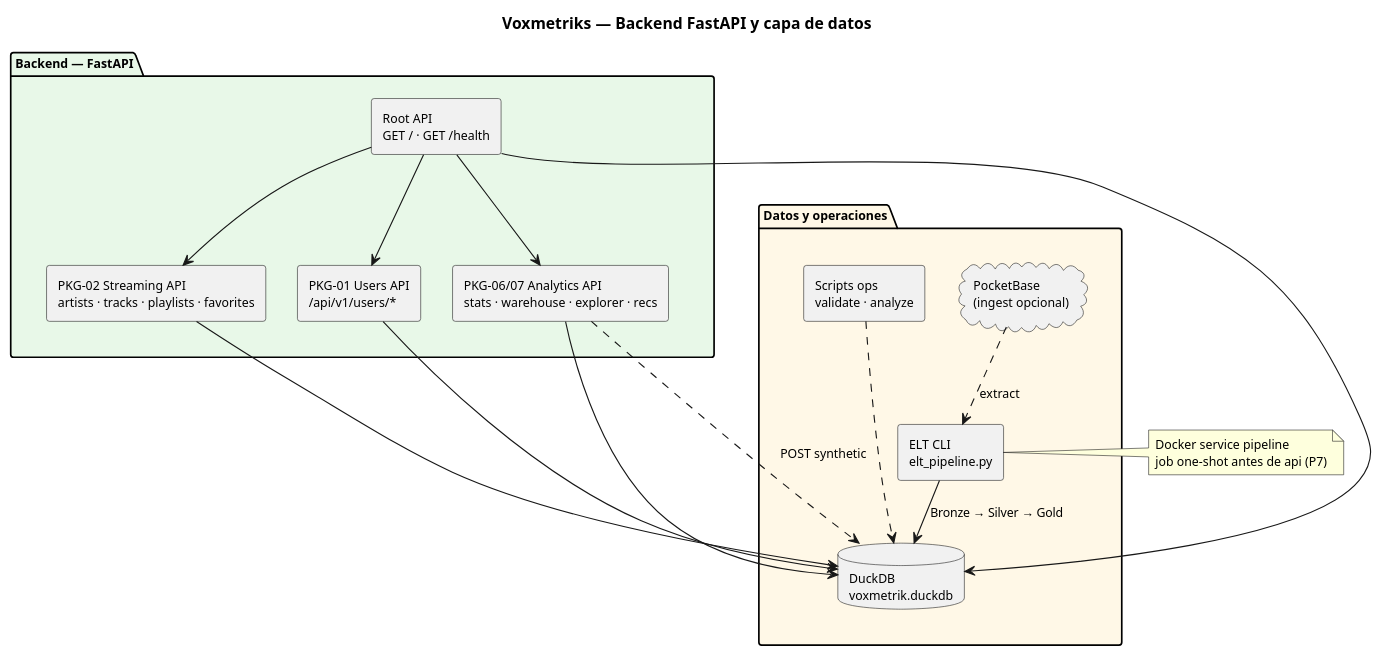
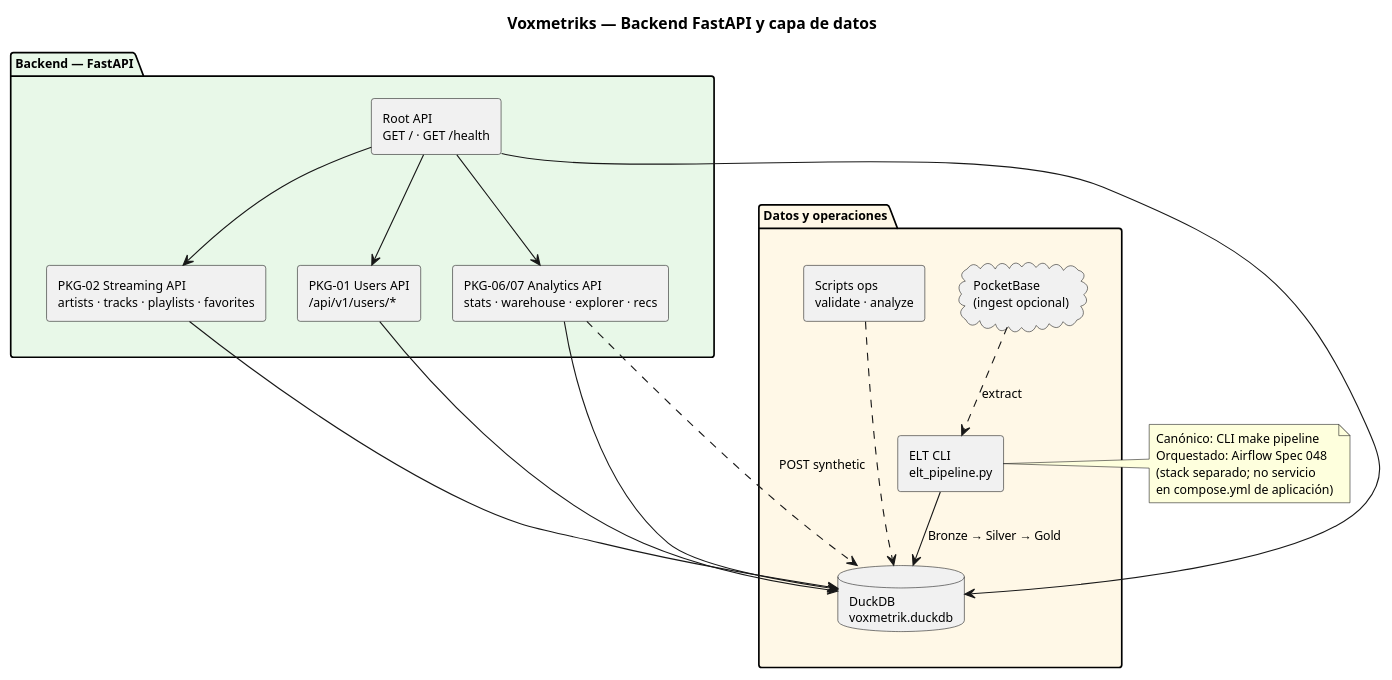
The diagram in docs/uml/components/02b-components-backend-datos.puml (JosephACS/VOXMETRIKS), drawn with PlantUML before and after one commit. The commit also changed 31 other files, not shown here.

Commit message:
feat(elt): orchestrate canonical pipeline with Airflow

```diff
--- a/docs/uml/components/02b-components-backend-datos.puml
+++ b/docs/uml/components/02b-components-backend-datos.puml
@@ -1,59 +1,61 @@
 @startuml voxmetriks-components-backend-datos
 ' Backend FastAPI + Datos — entrega GA07, figura 16b
 ' Layout vertical: Backend arriba, Datos abajo (hidden link fuerza apilado)
 
 skinparam componentStyle rectangle
 skinparam defaultFontSize 11
 skinparam nodesep 28
 skinparam ranksep 40
 top to bottom direction
 
 title Voxmetriks — Backend FastAPI y capa de datos
 
 package "Backend — FastAPI" as BE #E8F8E8 {
 
   component "Root API\nGET / · GET /health" as Root
 
   together {
     component "PKG-01 Users API\n/api/v1/users/*" as BE01
     component "PKG-02 Streaming API\nartists · tracks · playlists · favorites" as BE02
     component "PKG-06/07 Analytics API\nstats · warehouse · explorer · recs" as BE67
   }
 
   Root -down-> BE01
   Root -down-> BE02
   Root -down-> BE67
 }
 
 package "Datos y operaciones" as Data #FFF8E7 {
 
   together {
     database "DuckDB\nvoxmetrik.duckdb" as DB
     component "ELT CLI\nelt_pipeline.py" as ELT
   }
 
   together {
     component "Scripts ops\nvalidate · analyze" as Ops
     cloud "PocketBase\n(ingest opcional)" as PB
   }
 }
 
 ' Apila Backend sobre Datos (no lado a lado)
 BE -[hidden]down-> Data
 
 BE01 -down-> DB
 BE02 -down-> DB
 BE67 -down-> DB
 Root -down-> DB
 
 PB ..> ELT : extract
 ELT -down-> DB : Bronze → Silver → Gold
 Ops ..> DB
 BE67 ..> DB : POST synthetic
 
 note right of ELT
-  Docker service pipeline
-  job one-shot antes de api (P7)
+  Canónico: CLI make pipeline
+  Orquestado: Airflow Spec 048
+  (stack separado; no servicio
+  en compose.yml de aplicación)
 end note
 
 @enduml
```
